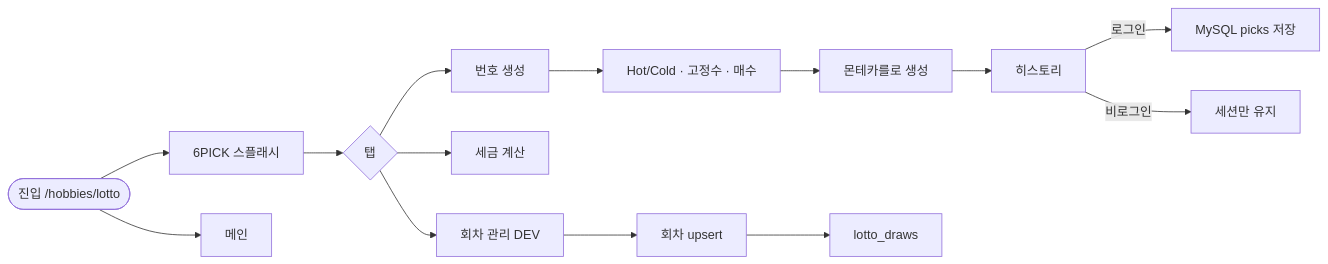
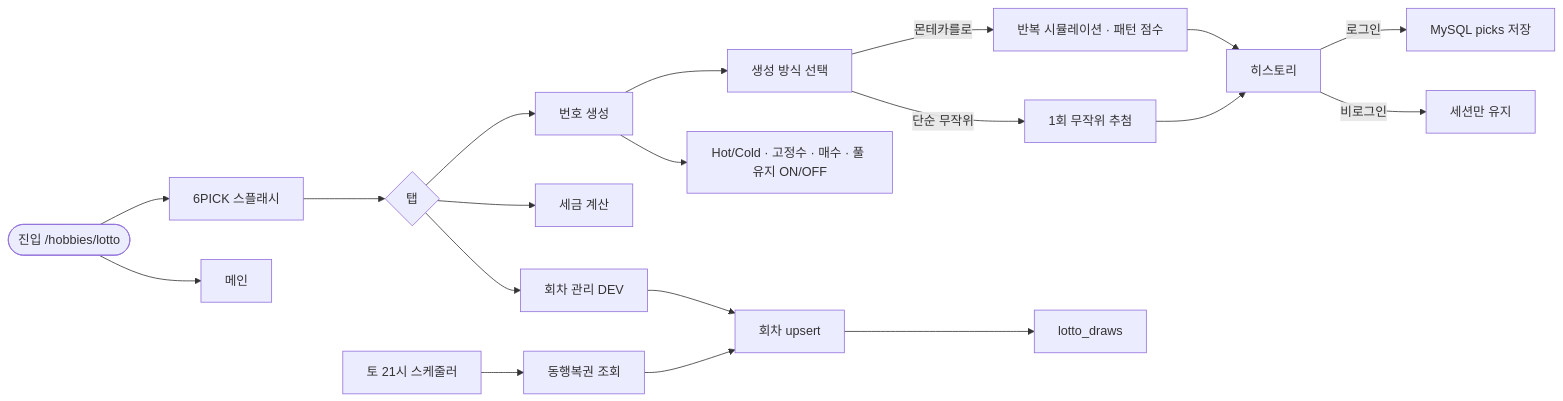
Before and after one commit to ohdeg/PBB: diagram 15 of 18 in docs/PBB-유저-흐름도.md, drawn with Mermaid. The commit also changed other lines of this file and 84 other files, not shown here.

````diff
--- a/docs/PBB-유저-흐름도.md
+++ b/docs/PBB-유저-흐름도.md
@@ -277,16 +341,21 @@
 ```mermaid
 flowchart LR
     enter([진입 /hobbies/lotto]) --> splash[6PICK 스플래시]
     splash --> tabs{탭}
     tabs --> draw[번호 생성]
     tabs --> payout[세금 계산]
     tabs --> admin[회차 관리 DEV]
-    draw --> opts[Hot/Cold · 고정수 · 매수]
-    opts --> mc[몬테카를로 생성]
+    draw --> mode[생성 방식 선택]
+    mode -->|"몬테카를로"| mc[반복 시뮬레이션 · 패턴 점수]
+    mode -->|"단순 무작위"| rnd[1회 무작위 추첨]
+    draw --> opts[Hot/Cold · 고정수 · 매수 · 풀 유지 ON/OFF]
     mc --> hist[히스토리]
+    rnd --> hist
     hist -->|"로그인"| saveApi[MySQL picks 저장]
     hist -->|"비로그인"| localOnly[세션만 유지]
     admin --> upsert[회차 upsert]
+    sched[토 21시 스케줄러] --> dhl[동행복권 조회]
+    dhl --> upsert
     upsert --> drawsDb[lotto_draws]
     enter --> back[메인]
 ```
````
